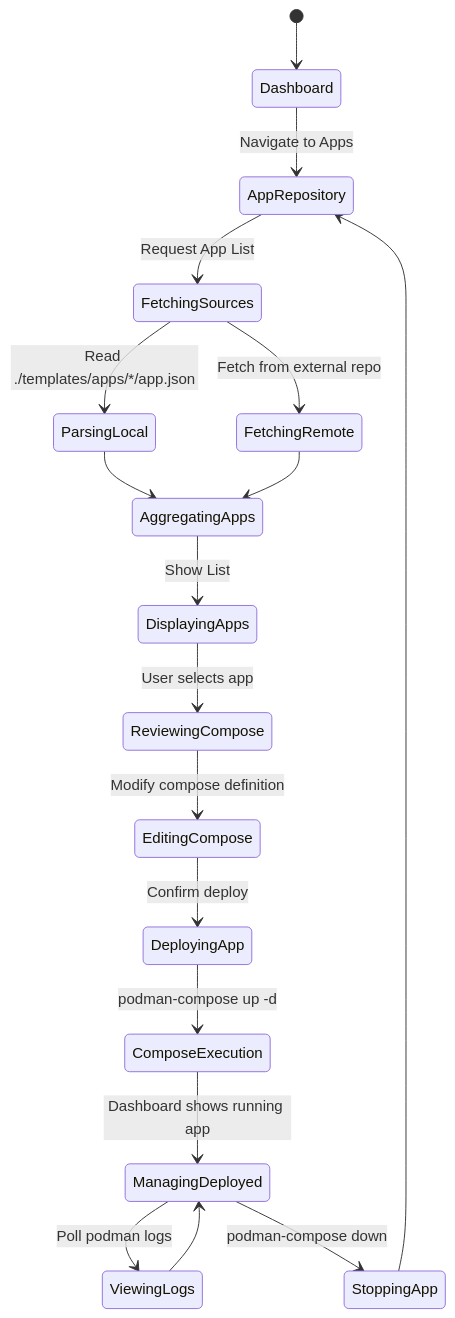
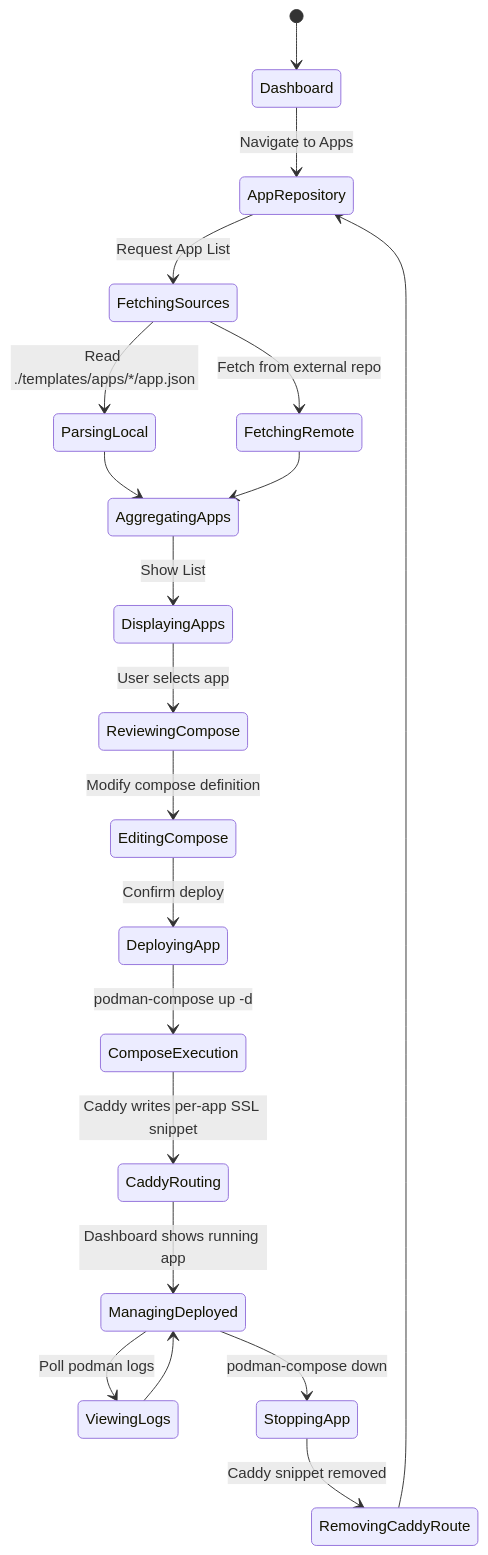
The second of 3 diagrams in report/srs.md (sounddrill31/NASy-Peasy-Dashboard), drawn with Mermaid before and after one commit. The commit also changed other lines of this file and 19 other files, not shown here.

````diff
--- a/report/srs.md
+++ b/report/srs.md
@@ -54,20 +56,22 @@
 ```mermaid
 stateDiagram-v2
     [*] --> Dashboard
     Dashboard --> AppRepository: Navigate to Apps
     AppRepository --> FetchingSources: Request App List
     FetchingSources --> ParsingLocal: Read ./templates/apps/*/app.json
     FetchingSources --> FetchingRemote: Fetch from external repo
     ParsingLocal --> AggregatingApps
     FetchingRemote --> AggregatingApps
     AggregatingApps --> DisplayingApps: Show List
     DisplayingApps --> ReviewingCompose: User selects app
     ReviewingCompose --> EditingCompose: Modify compose definition
     EditingCompose --> DeployingApp: Confirm deploy
     DeployingApp --> ComposeExecution: podman-compose up -d
-    ComposeExecution --> ManagingDeployed: Dashboard shows running app
+    ComposeExecution --> CaddyRouting: Caddy writes per-app SSL snippet
+    CaddyRouting --> ManagingDeployed: Dashboard shows running app
     ManagingDeployed --> ViewingLogs: Poll podman logs
     ManagingDeployed --> StoppingApp: podman-compose down
-    StoppingApp --> AppRepository
+    StoppingApp --> RemovingCaddyRoute: Caddy snippet removed
+    RemovingCaddyRoute --> AppRepository
     ViewingLogs --> ManagingDeployed
 ```
````
